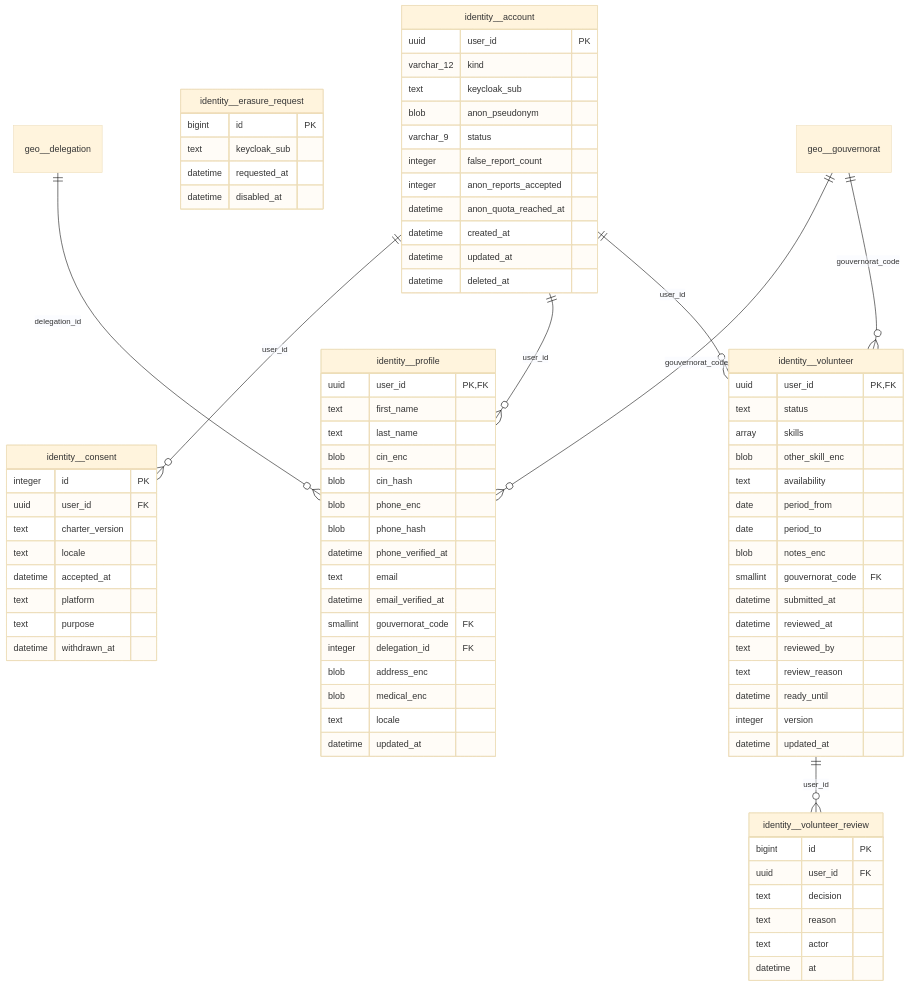
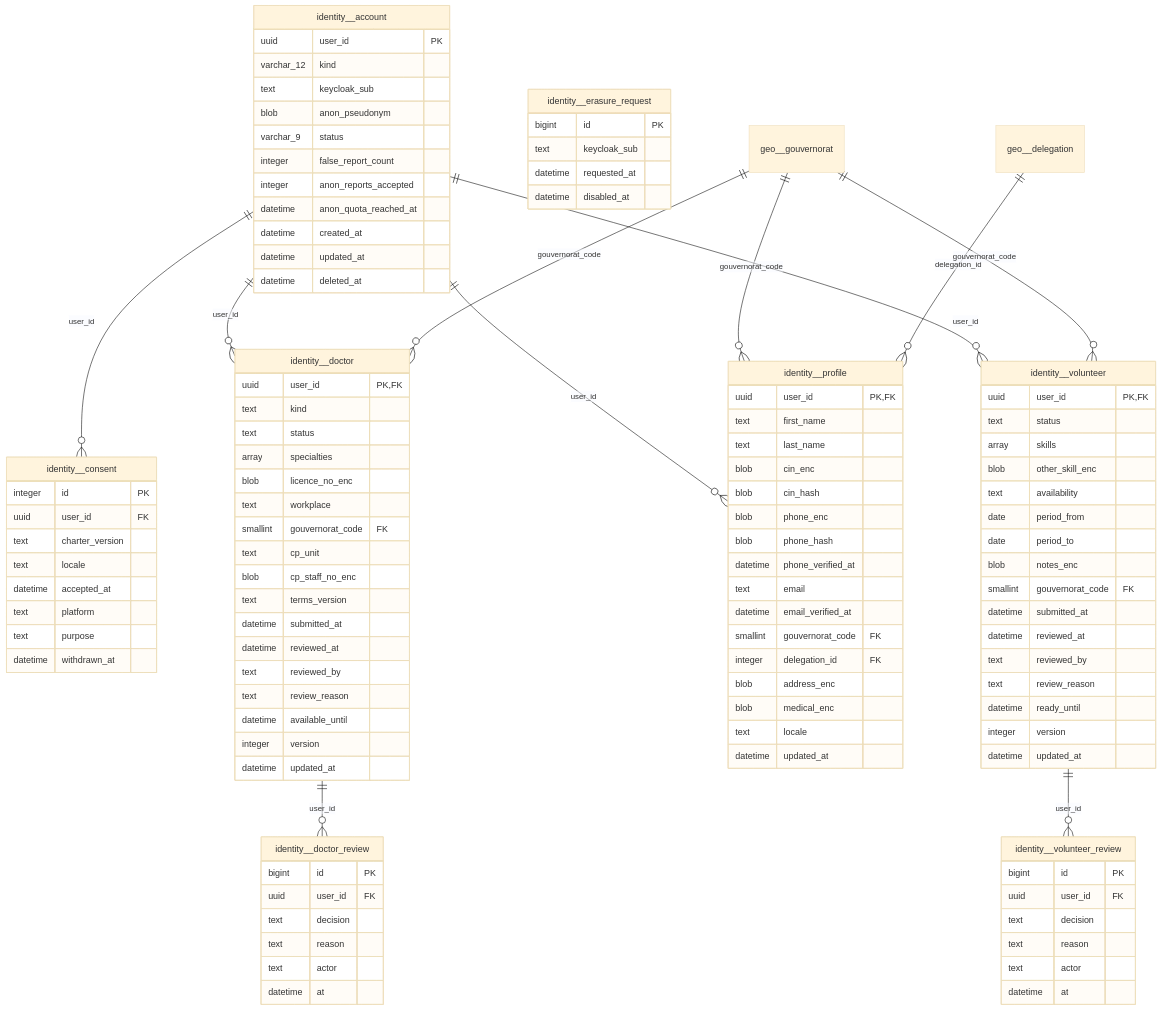
One commit to mouhabouk/E-HIMAYA changed the tenth of 19 diagrams in docs/erd.md. Above: the diagram before and after it, drawn with Mermaid (base theme).

Commit message:
docs: regenerate ERD for the doctors tables
Claude-Session: https://claude.ai/code/session_013yJvG4yYKtFvwtc61ddL95

````diff
--- a/docs/erd.md
+++ b/docs/erd.md
@@ -422,6 +422,33 @@
         text platform
         text purpose
         datetime withdrawn_at
+    }
+    identity__doctor {
+        uuid user_id PK,FK
+        text kind
+        text status
+        array specialties
+        blob licence_no_enc
+        text workplace
+        smallint gouvernorat_code FK
+        text cp_unit
+        blob cp_staff_no_enc
+        text terms_version
+        datetime submitted_at
+        datetime reviewed_at
+        text reviewed_by
+        text review_reason
+        datetime available_until
+        integer version
+        datetime updated_at
+    }
+    identity__doctor_review {
+        bigint id PK
+        uuid user_id FK
+        text decision
+        text reason
+        text actor
+        datetime at
     }
     identity__erasure_request {
         bigint id PK
@@ -474,10 +501,13 @@
         datetime at
     }
     geo__delegation ||--o{ identity__profile : "delegation_id"
+    geo__gouvernorat ||--o{ identity__doctor : "gouvernorat_code"
     geo__gouvernorat ||--o{ identity__profile : "gouvernorat_code"
     geo__gouvernorat ||--o{ identity__volunteer : "gouvernorat_code"
     identity__account ||--o{ identity__consent : "user_id"
+    identity__account ||--o{ identity__doctor : "user_id"
     identity__account ||--o{ identity__profile : "user_id"
     identity__account ||--o{ identity__volunteer : "user_id"
+    identity__doctor ||--o{ identity__doctor_review : "user_id"
     identity__volunteer ||--o{ identity__volunteer_review : "user_id"
 ```
````
